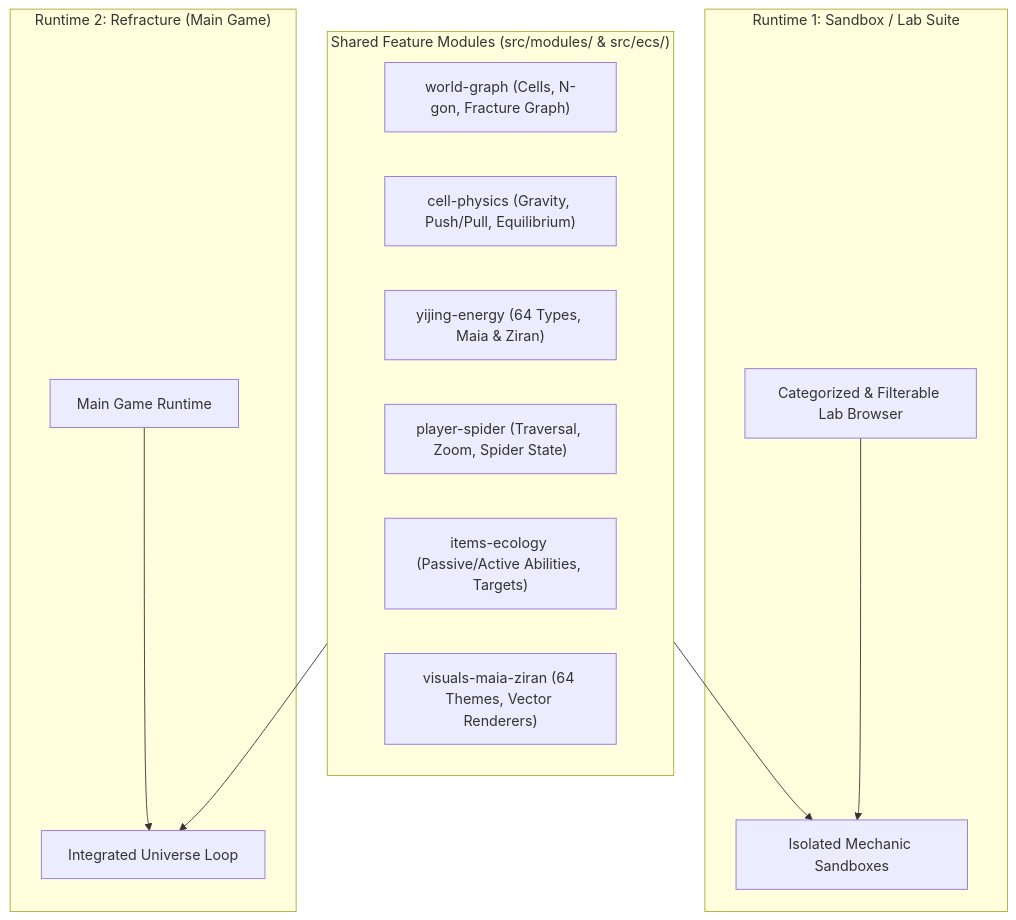
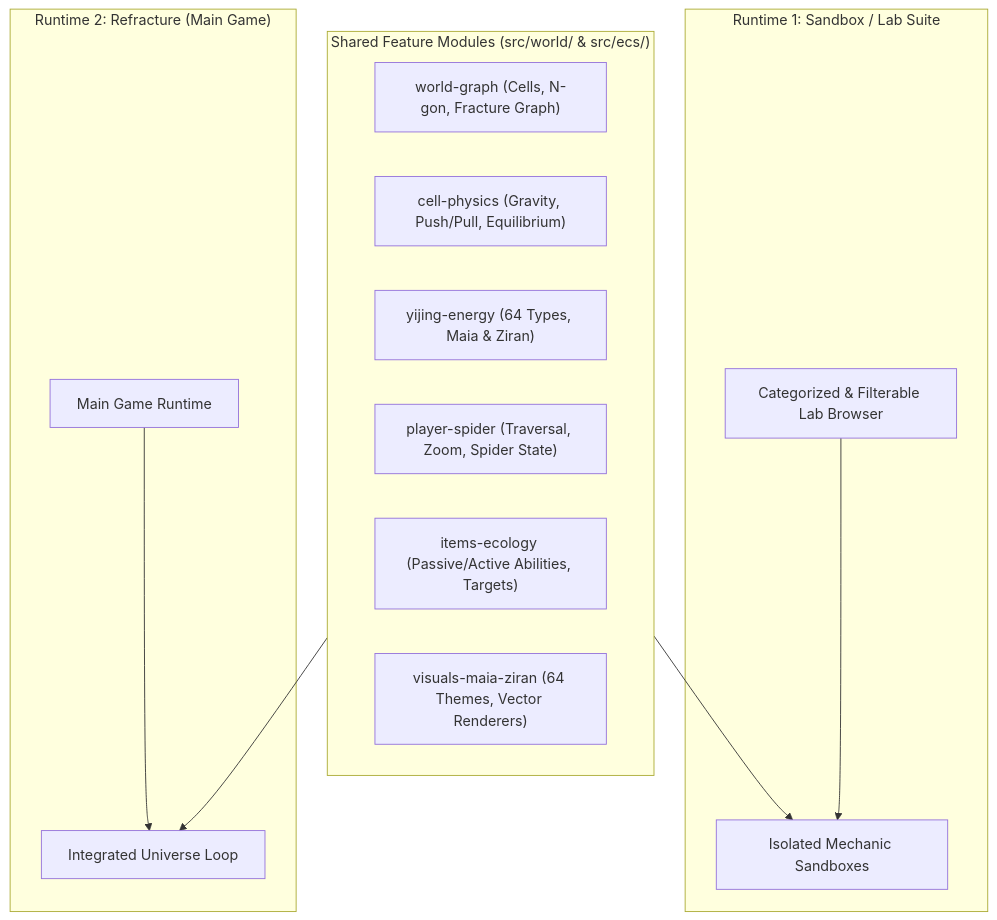
Before and after one commit to spiderSorus/refracture: the diagram in README.md, drawn with Mermaid. The commit also changed other lines of this file and 5 other files, not shown here.

Commit message:
Add MIT LICENSE, comprehensive README with instructions & 45h+ roadmap, and clean up metadata

````diff
--- a/README.md
+++ b/README.md
@@ -97,26 +199,26 @@
 ```mermaid
 flowchart TD
-    subgraph Shared["Shared Feature Modules (src/modules/ & src/ecs/)"]
+    subgraph Shared["Shared Feature Modules (src/world/ & src/ecs/)"]
         M1["world-graph (Cells, N-gon, Fracture Graph)"]
         M2["cell-physics (Gravity, Push/Pull, Equilibrium)"]
         M3["yijing-energy (64 Types, Maia & Ziran)"]
         M4["player-spider (Traversal, Zoom, Spider State)"]
         M5["items-ecology (Passive/Active Abilities, Targets)"]
         M6["visuals-maia-ziran (64 Themes, Vector Renderers)"]
     end
 
     subgraph Lab["Runtime 1: Sandbox / Lab Suite"]
         LMenu["Categorized & Filterable Lab Browser"]
         LScenes["Isolated Mechanic Sandboxes"]
         LMenu --> LScenes
     end
 
     subgraph Game["Runtime 2: Refracture (Main Game)"]
         GMenu["Main Game Runtime"]
         GWorld["Integrated Universe Loop"]
         GMenu --> GWorld
     end
 
     Shared --> LScenes
     Shared --> GWorld
 ```
````
